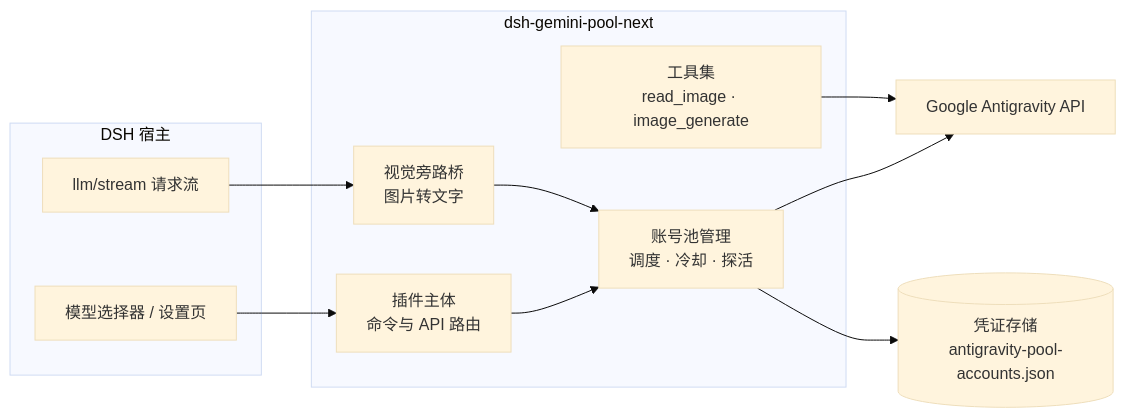
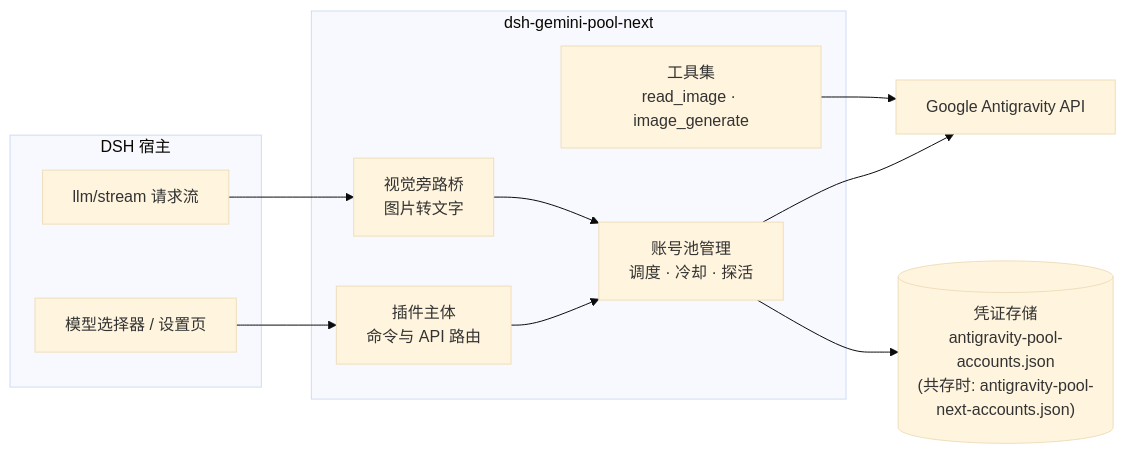
Before and after one commit to Q2297045667/dsh-gemini-pool-next: the diagram in README.md, drawn with Mermaid (base theme). The commit also changed other lines of this file and 15 other files, not shown here.

````diff
--- a/README.md
+++ b/README.md
@@ -238,22 +265,22 @@
 ```mermaid
 flowchart LR
   subgraph HOST["DSH 宿主"]
     LLM["llm/stream 请求流"]
     SEL["模型选择器 / 设置页"]
   end
   subgraph PLUGIN["dsh-gemini-pool-next"]
     CORE["插件主体<br/>命令与 API 路由"]
     POOL["账号池管理<br/>调度 · 冷却 · 探活"]
     VB["视觉旁路桥<br/>图片转文字"]
     TOOLS["工具集<br/>read_image · image_generate"]
   end
-  STORE[("凭证存储<br/>antigravity-pool-accounts.json")]
+  STORE[("凭证存储<br/>antigravity-pool-accounts.json<br/>(共存时: antigravity-pool-next-accounts.json)")]
   GOOGLE["Google Antigravity API"]
 
   SEL --> CORE
   LLM --> VB --> POOL
   CORE --> POOL
   TOOLS --> GOOGLE
   POOL --> GOOGLE
   POOL --> STORE
 ```
````
